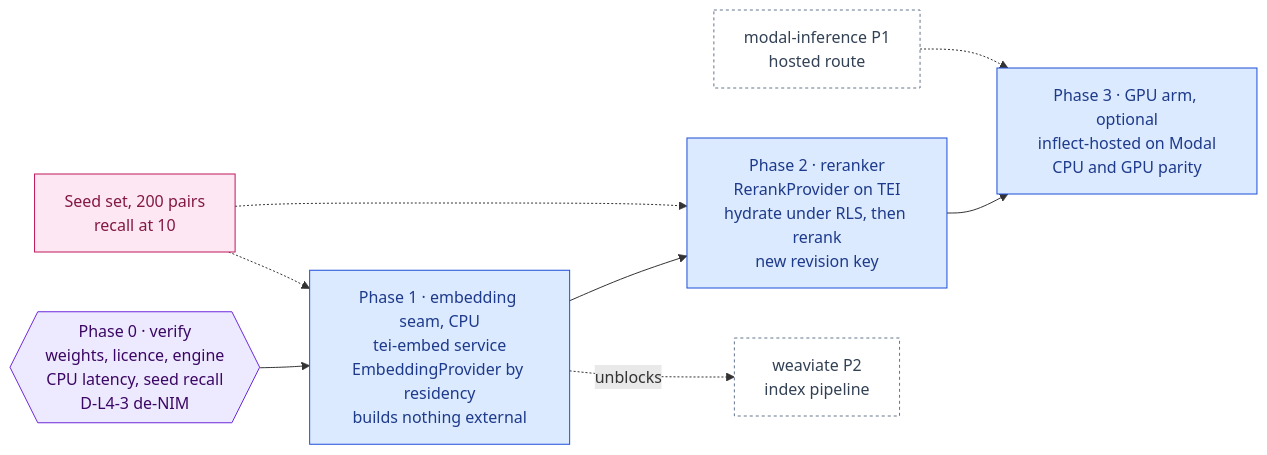
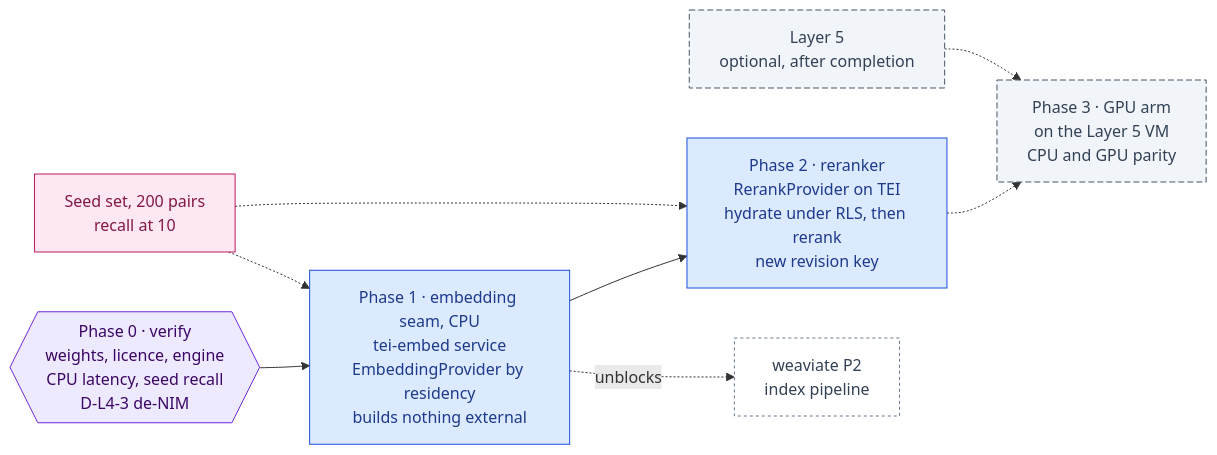
Before and after one commit to RodnaPamet/inflect-compliance: the diagram in docs/ai-architecture/nemotron-retriever.md, drawn with Mermaid. The commit also changed other lines of this file and 21 other files, not shown here.

First line of the commit message:
docs(ai-architecture): the roadmap is complete without Layer 5; models through API keys

````diff
--- a/docs/ai-architecture/nemotron-retriever.md
+++ b/docs/ai-architecture/nemotron-retriever.md
@@ -29,22 +30,23 @@
 ```mermaid
 flowchart LR
   P0{{"Phase 0 · verify<br/>weights, licence, engine<br/>CPU latency, seed recall<br/>D-L4-3 de-NIM"}}:::gate
   P1["Phase 1 · embedding seam, CPU<br/>tei-embed service<br/>EmbeddingProvider by residency<br/>builds nothing external"]:::todo
   P2["Phase 2 · reranker<br/>RerankProvider on TEI<br/>hydrate under RLS, then rerank<br/>new revision key"]:::todo
-  P3["Phase 3 · GPU arm, optional<br/>inflect-hosted on Modal<br/>CPU and GPU parity"]:::todo
+  P3["Phase 3 · GPU arm<br/>on the Layer 5 VM<br/>CPU and GPU parity"]:::optional
   SEED["Seed set, 200 pairs<br/>recall at 10"]:::eval
-  MOD["modal-inference P1<br/>hosted route"]:::ext
+  MOD["Layer 5<br/>optional, after completion"]:::optional
   WV["weaviate P2<br/>index pipeline"]:::ext
-  P0 --> P1 --> P2 --> P3
+  P0 --> P1 --> P2
+  P2 -.-> P3
   SEED -.-> P1
   SEED -.-> P2
   MOD -.-> P3
   P1 -.->|unblocks| WV
 
   classDef done fill:#d1fae5,stroke:#047857,color:#064e3b
   classDef todo fill:#dbeafe,stroke:#1d4ed8,color:#1e3a8a
   classDef gate fill:#ede9fe,stroke:#6d28d9,color:#3b0764
   classDef ext fill:#ffffff,stroke:#64748b,color:#334155,stroke-dasharray:3 3
   classDef eval fill:#fce7f3,stroke:#be185d,color:#831843
-  classDef declined fill:#f3f4f6,stroke:#6b7280,color:#374151,stroke-dasharray:4 3
+  classDef optional fill:#f1f5f9,stroke:#475569,color:#334155,stroke-dasharray:6 3
 ```
````
